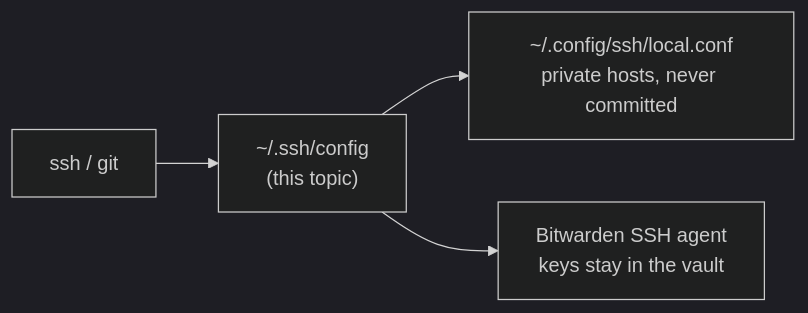
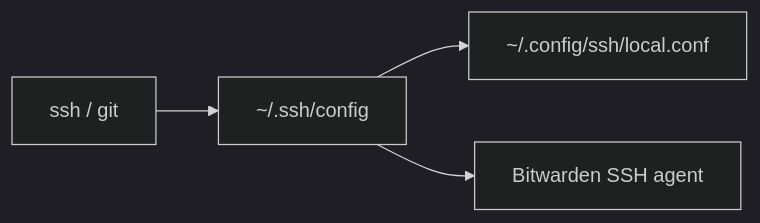
The diagram in shell/ssh/README.md (eduarbo/dotfiles), drawn with Mermaid (dark theme) before and after one commit. The commit also changed 2 other files, not shown here.

Commit message:
docs: stop repeating what the diagrams already show
Trim the Hammerspoon, Karabiner and SSH text next to their diagrams to
what the images can't say: how to use and edit them and their caveats.

````diff
--- a/shell/ssh/README.md
+++ b/shell/ssh/README.md
@@ -12,6 +12,6 @@
 ```mermaid
 flowchart LR
-  ssh["ssh / git"] --> config["~/.ssh/config<br/>(this topic)"]
-  config --> local["~/.config/ssh/local.conf<br/>private hosts, never committed"]
-  config --> agent["Bitwarden SSH agent<br/>keys stay in the vault"]
+  ssh["ssh / git"] --> config["~/.ssh/config"]
+  config --> local["~/.config/ssh/local.conf"]
+  config --> agent["Bitwarden SSH agent"]
 ```
````
